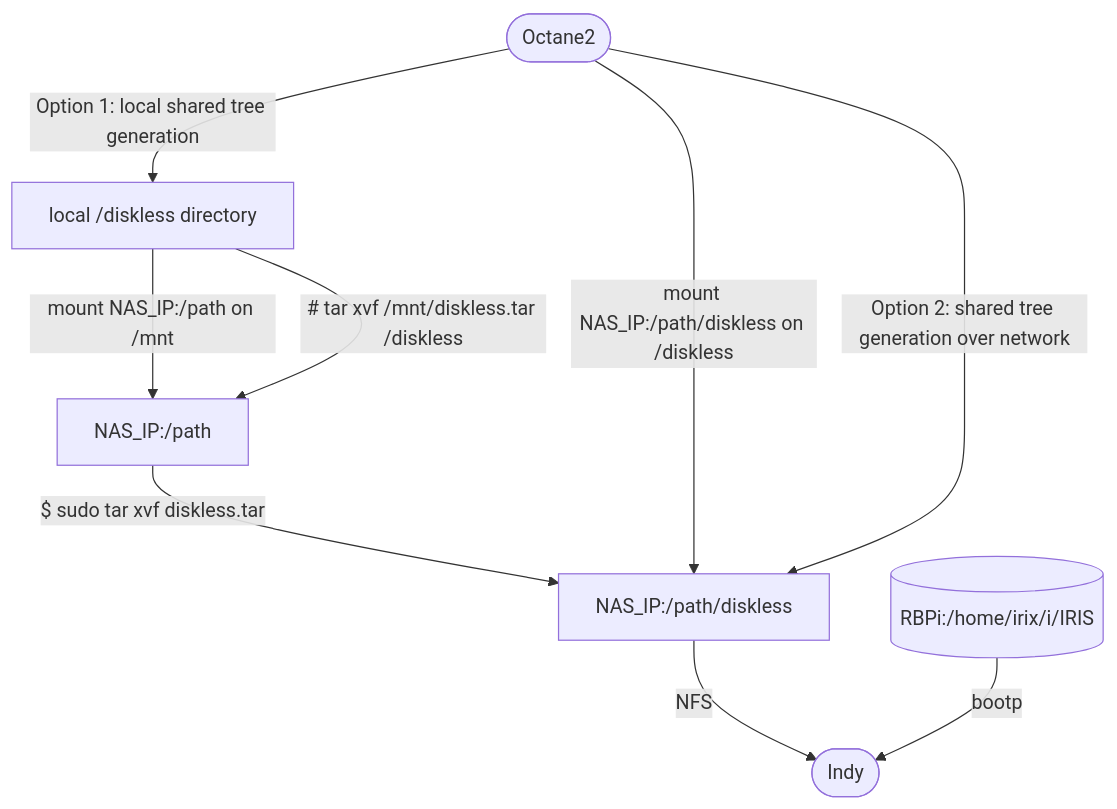
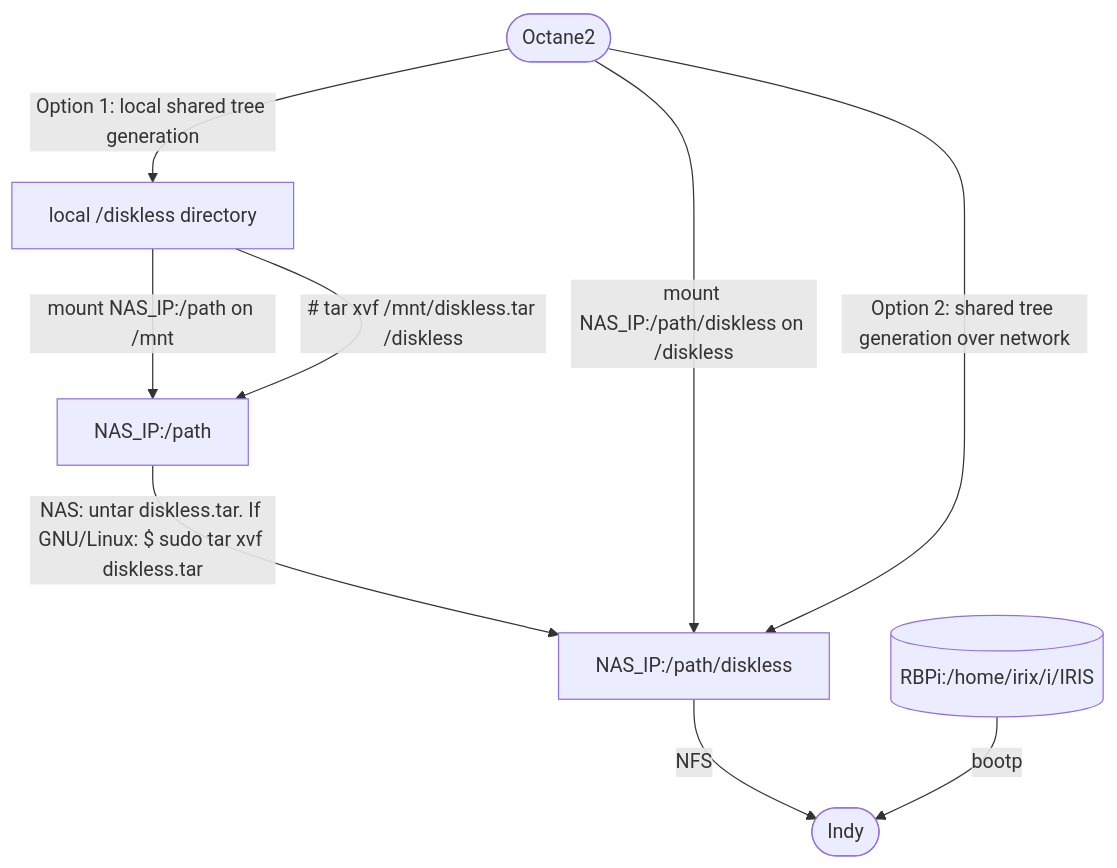
One commit to Linux-RISC/IRIX-diskless-workstation changed the third of 3 diagrams in README.md. Above: the diagram before and after it, drawn with Mermaid. The commit also changed other lines of this file, not shown here.

````diff
--- a/README.md
+++ b/README.md
@@ -83,10 +83,10 @@
 ```mermaid
 graph TD;
     Octane2([Octane2])--Option 1: local shared tree generation-->local_diskless[local /diskless directory]--mount NAS_IP:/path on /mnt-->C[NAS_IP:/path];
     local_diskless[local /diskless directory]--"# tar xvf /mnt/diskless.tar /diskless"-->C[NAS_IP:/path];
-    C[NAS_IP:/path]--"$ sudo tar xvf diskless.tar"-->B[NAS_IP:/path/diskless];
+    C[NAS_IP:/path]--"NAS: untar diskless.tar. If GNU/Linux: $ sudo tar xvf diskless.tar"-->B[NAS_IP:/path/diskless];
     Octane2([Octane2])--mount NAS_IP:/path/diskless on /diskless-->B[NAS_IP:/path/diskless];
     Octane2([Octane2])--Option 2: shared tree generation over network-->B[NAS_IP:/path/diskless];
     B[NAS_IP:/path/diskless]--NFS-->Indy([Indy]);
     RBPi[(RBPi:/home/irix/i/IRIS)]--bootp-->Indy([Indy]);
 ```
````
